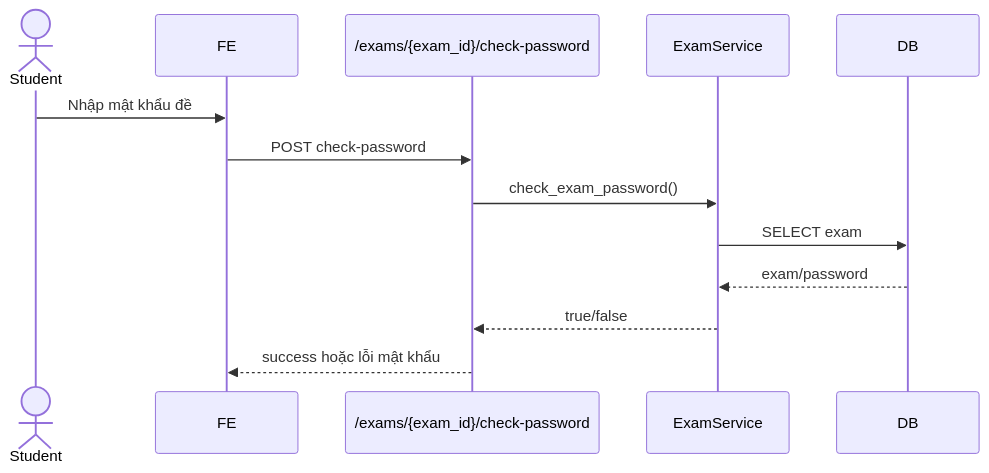
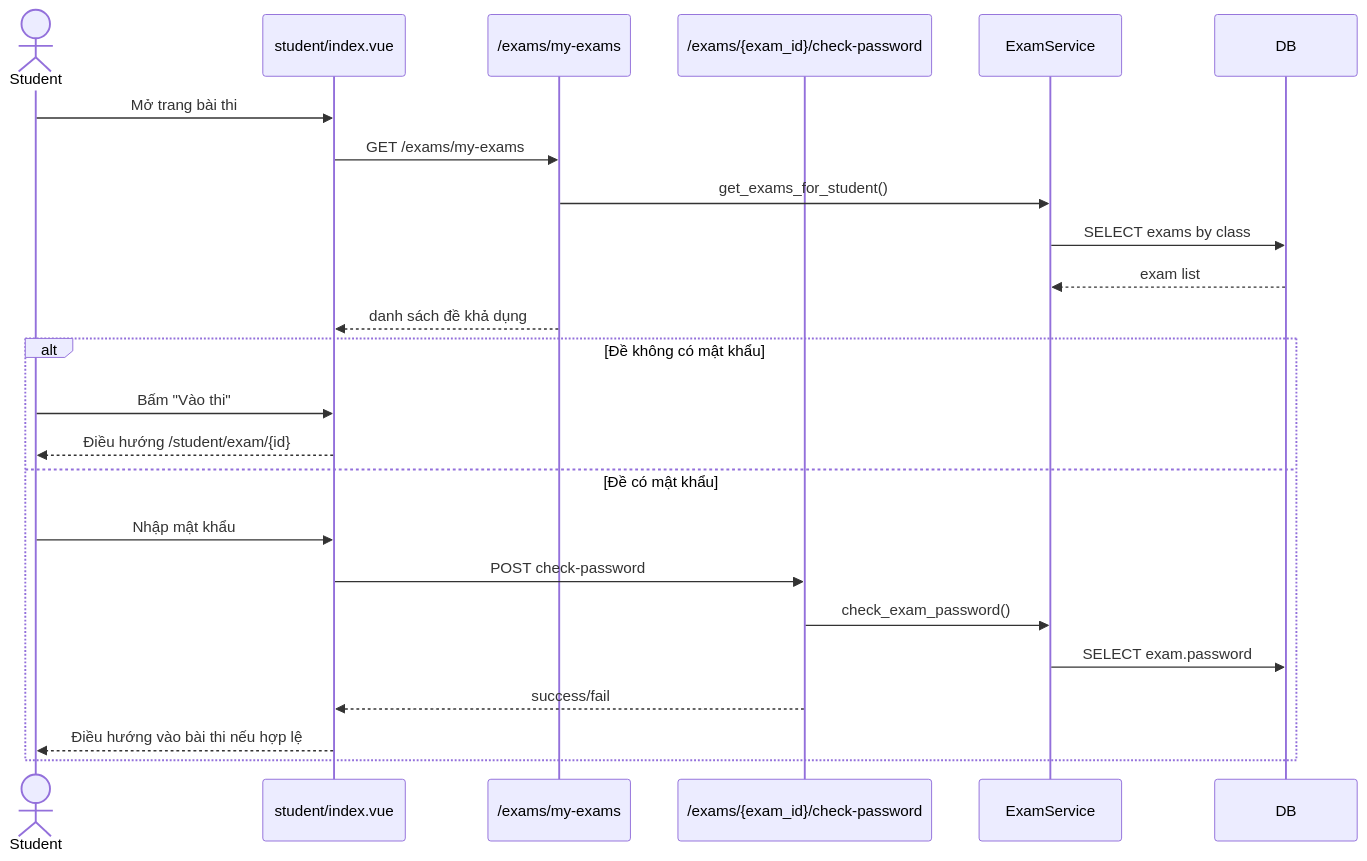
Diagram 14 of 16 in docs/UML.md (Tedomi2525/My_project), drawn with Mermaid before and after one commit. The commit also changed other lines of this file, not shown here.

````diff
--- a/docs/UML.md
+++ b/docs/UML.md
@@ -472,16 +731,28 @@
 ```mermaid
 sequenceDiagram
 actor Student
-participant FE
-participant ExamAPI as /exams/{exam_id}/check-password
+participant StudentHome as student/index.vue
+participant ExamListAPI as /exams/my-exams
+participant PasswordAPI as /exams/{exam_id}/check-password
 participant ExamService
 participant DB
 
-Student->>FE: Nhập mật khẩu đề
-FE->>ExamAPI: POST check-password
-ExamAPI->>ExamService: check_exam_password()
-ExamService->>DB: SELECT exam
-DB-->>ExamService: exam/password
-ExamService-->>ExamAPI: true/false
-ExamAPI-->>FE: success hoặc lỗi mật khẩu
+Student->>StudentHome: Mở trang bài thi
+StudentHome->>ExamListAPI: GET /exams/my-exams
+ExamListAPI->>ExamService: get_exams_for_student()
+ExamService->>DB: SELECT exams by class
+DB-->>ExamService: exam list
+ExamListAPI-->>StudentHome: danh sách đề khả dụng
+
+alt Đề không có mật khẩu
+  Student->>StudentHome: Bấm "Vào thi"
+  StudentHome-->>Student: Điều hướng /student/exam/{id}
+else Đề có mật khẩu
+  Student->>StudentHome: Nhập mật khẩu
+  StudentHome->>PasswordAPI: POST check-password
+  PasswordAPI->>ExamService: check_exam_password()
+  ExamService->>DB: SELECT exam.password
+  PasswordAPI-->>StudentHome: success/fail
+  StudentHome-->>Student: Điều hướng vào bài thi nếu hợp lệ
+end
 ```
````
